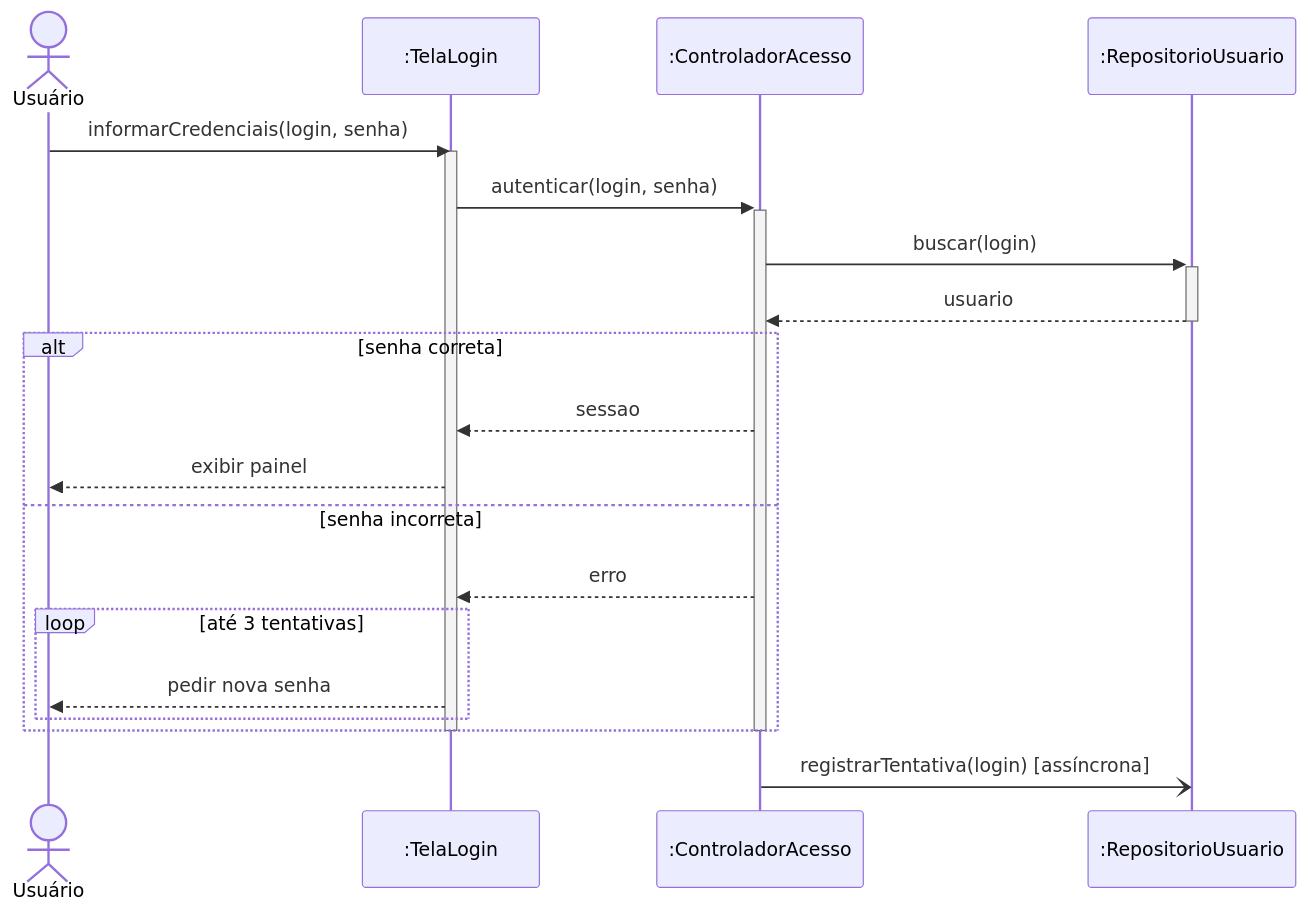
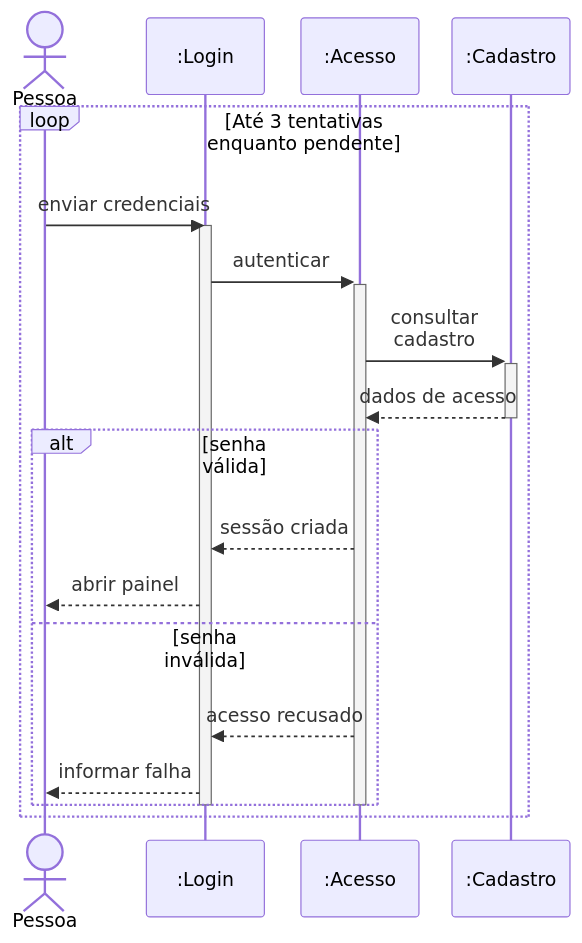
The diagram in content/enade/uml/uml-interacao.md (pedrotescaro/Stacklyst), drawn with Mermaid before and after one commit. The commit also changed other lines of this file and 84 other files, not shown here.

Commit message:
feat(enade): redraw study library diagrams

````diff
--- a/content/enade/uml/uml-interacao.md
+++ b/content/enade/uml/uml-interacao.md
@@ -51,24 +97,31 @@
-```mermaid Sequência: login com fragmentos alt e loop
+```mermaid Sequência de tentativas de acesso
+---
+config:
+  sequence:
+    actorMargin: 28
+    diagramMarginX: 16
+    width: 100
+    wrap: true
+---
 sequenceDiagram
-  actor U as Usuário
-  participant T as :TelaLogin
-  participant C as :ControladorAcesso
-  participant R as :RepositorioUsuario
-  U->>T: informarCredenciais(login, senha)
-  activate T
-  T->>+C: autenticar(login, senha)
-  C->>+R: buscar(login)
-  R-->>-C: usuario
-  alt senha correta
-    C-->>T: sessao
-    T-->>U: exibir painel
-  else senha incorreta
-    C-->>T: erro
-    loop até 3 tentativas
-      T-->>U: pedir nova senha
+  actor U as Pessoa
+  participant T as :Login
+  participant A as :Acesso
+  participant C as :Cadastro
+  loop Até 3 tentativas<br/>enquanto pendente
+    U->>T: enviar credenciais
+    activate T
+    T->>+A: autenticar
+    A->>+C: consultar cadastro
+    C-->>-A: dados de acesso
+    alt senha válida
+      A-->>T: sessão criada
+      T-->>U: abrir painel
+    else senha inválida
+      A-->>T: acesso recusado
+      T-->>U: informar falha
     end
+    deactivate A
+    deactivate T
   end
-  deactivate C
-  deactivate T
-  C-)R: registrarTentativa(login) [assíncrona]
 ```
````
